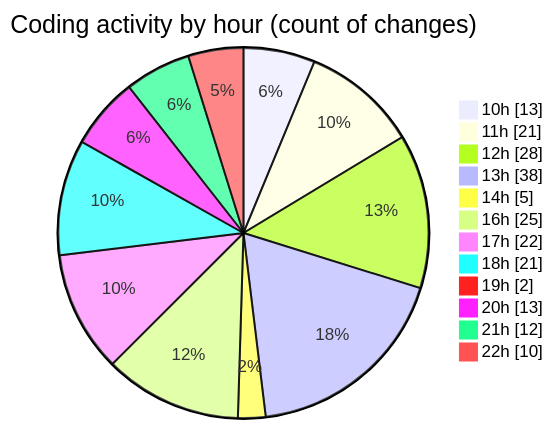
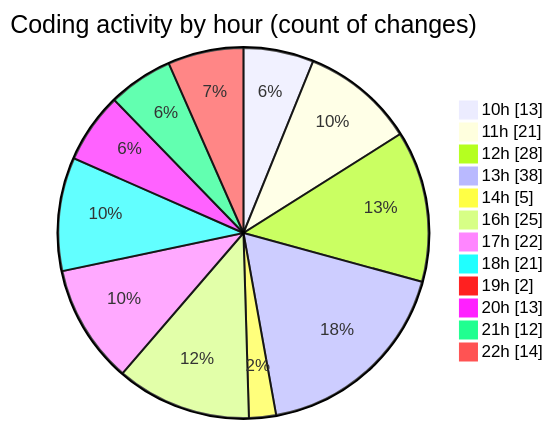
Before and after one commit to momahboobian/code-tracking: the second of 2 diagrams in 2025-06-19/cda/README.md, drawn with Mermaid. The commit also changed other lines of this file and 1 other file, not shown here.

````diff
--- a/2025-06-19/cda/README.md
+++ b/2025-06-19/cda/README.md
@@ -50,16 +50,16 @@
 ```mermaid
 pie showData
 title Coding activity by hour (count of changes)
 "10h" : 13
 "11h" : 21
 "12h" : 28
 "13h" : 38
 "14h" : 5
 "16h" : 25
 "17h" : 22
 "18h" : 21
 "19h" : 2
 "20h" : 13
 "21h" : 12
-"22h" : 10
+"22h" : 14
 ```
````
